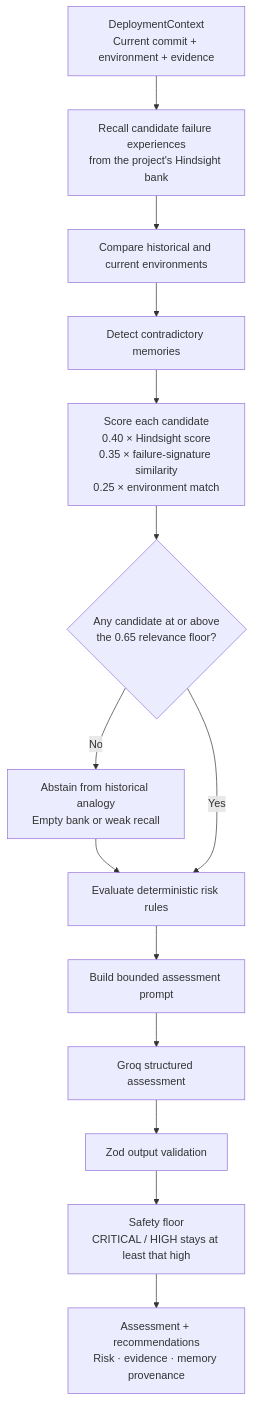
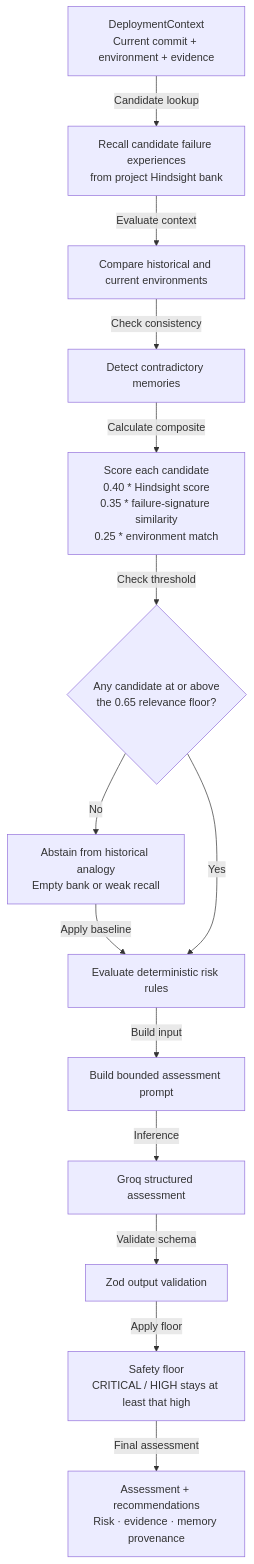
Before and after one commit to amrit-verse/ReleaseTrace: the second of 3 diagrams in docs/architecture/ARCHITECTURE.md, drawn with Mermaid. The commit also changed other lines of this file and 4 other files, not shown here.

Commit message:
docs: fix Mermaid diagrams, add sequence diagram, polish README

````diff
--- a/docs/architecture/ARCHITECTURE.md
+++ b/docs/architecture/ARCHITECTURE.md
@@ -113,21 +122,30 @@
 ```mermaid
 flowchart TD
-  INPUT["DeploymentContext\nCurrent commit + environment + evidence"]
-  RECALL["Recall candidate failure experiences\nfrom the project's Hindsight bank"]
+  INPUT["DeploymentContext<br/>Current commit + environment + evidence"]
+  RECALL["Recall candidate failure experiences<br/>from project Hindsight bank"]
   ENV["Compare historical and current environments"]
   CONTRA["Detect contradictory memories"]
-  SCORE["Score each candidate\n0.40 × Hindsight score\n0.35 × failure-signature similarity\n0.25 × environment match"]
-  GATE{"Any candidate at or above\nthe 0.65 relevance floor?"}
-  ABSTAIN["Abstain from historical analogy\nEmpty bank or weak recall"]
+  SCORE["Score each candidate<br/>0.40 * Hindsight score<br/>0.35 * failure-signature similarity<br/>0.25 * environment match"]
+  GATE{"Any candidate at or above<br/>the 0.65 relevance floor?"}
+  ABSTAIN["Abstain from historical analogy<br/>Empty bank or weak recall"]
   RULES["Evaluate deterministic risk rules"]
   PROMPT["Build bounded assessment prompt"]
   LLM["Groq structured assessment"]
   VALIDATE["Zod output validation"]
-  FLOOR["Safety floor\nCRITICAL / HIGH stays at least that high"]
-  RESULT["Assessment + recommendations\nRisk · evidence · memory provenance"]
+  FLOOR["Safety floor<br/>CRITICAL / HIGH stays at least that high"]
+  RESULT["Assessment + recommendations<br/>Risk · evidence · memory provenance"]
 
-  INPUT --> RECALL --> ENV --> CONTRA --> SCORE --> GATE
-  GATE -->|"No"| ABSTAIN --> RULES
+  INPUT -->|"Candidate lookup"| RECALL
+  RECALL -->|"Evaluate context"| ENV
+  ENV -->|"Check consistency"| CONTRA
+  CONTRA -->|"Calculate composite"| SCORE
+  SCORE -->|"Check threshold"| GATE
+  GATE -->|"No"| ABSTAIN
+  ABSTAIN -->|"Apply baseline"| RULES
   GATE -->|"Yes"| RULES
-  RULES --> PROMPT --> LLM --> VALIDATE --> FLOOR --> RESULT
+  RULES -->|"Build input"| PROMPT
+  PROMPT -->|"Inference"| LLM
+  LLM -->|"Validate schema"| VALIDATE
+  VALIDATE -->|"Apply floor"| FLOOR
+  FLOOR -->|"Final assessment"| RESULT
 ```
````
